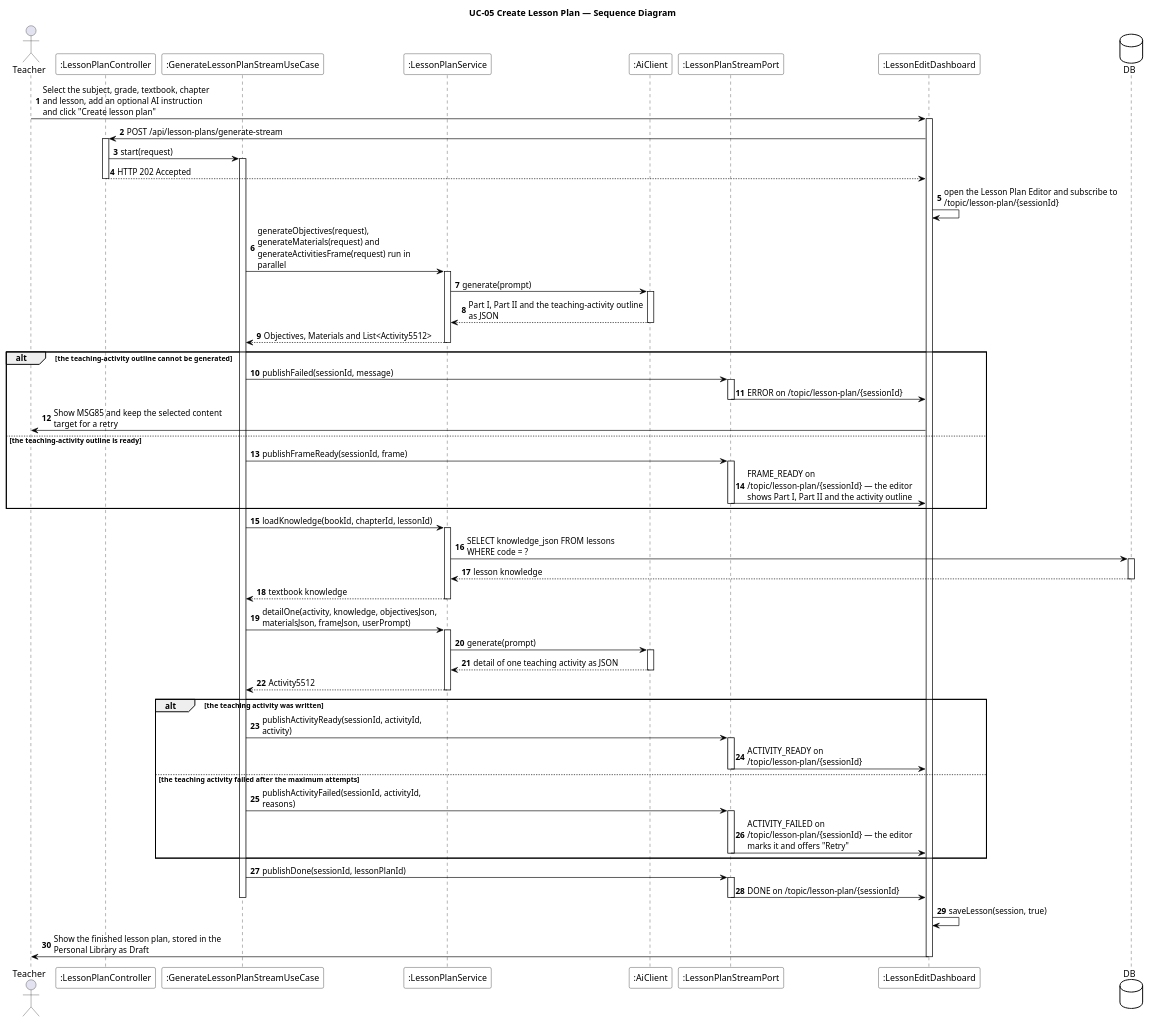
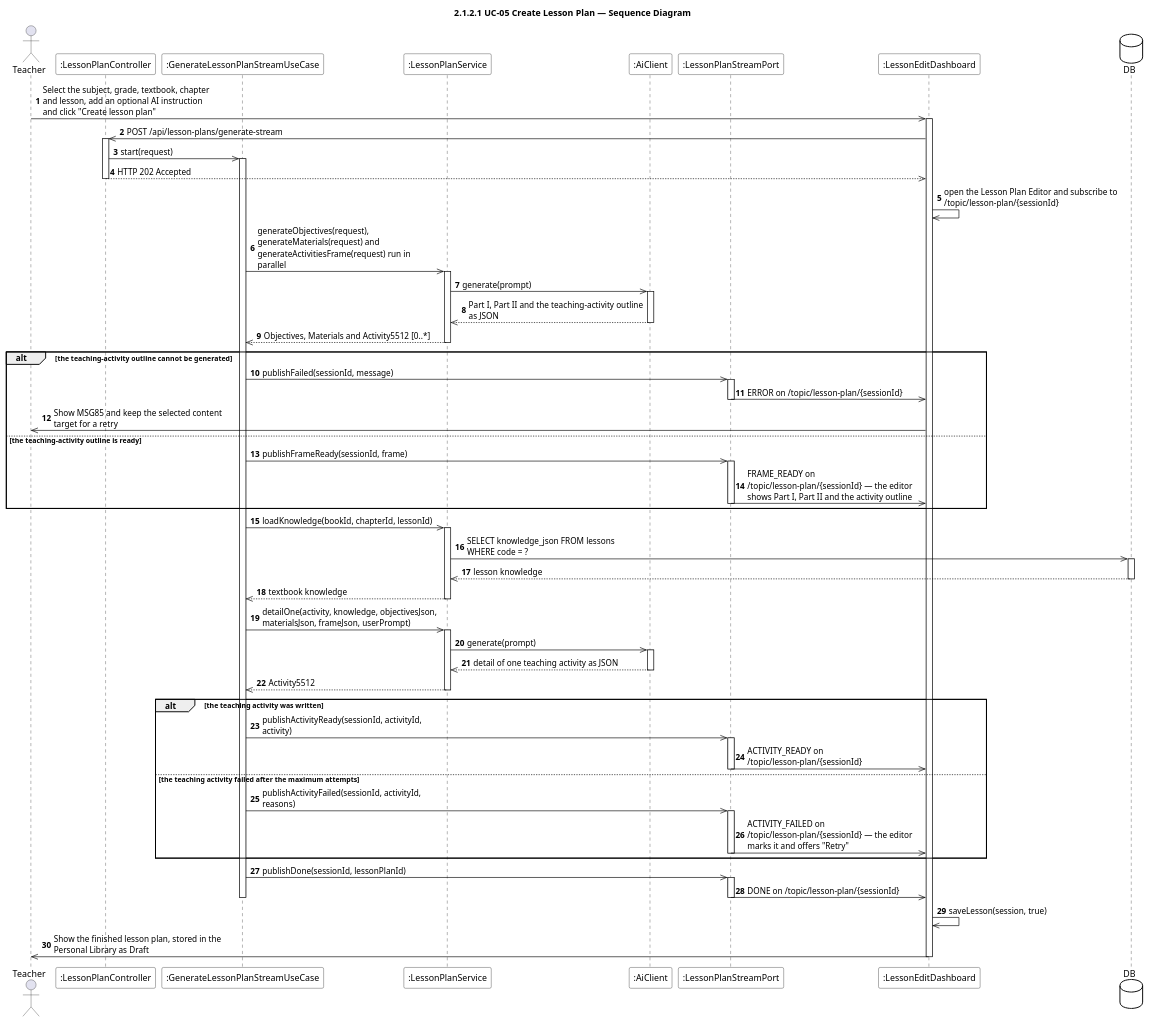
One commit to EduA-system/EduA-system changed the diagram in designs/sds-diagrams/uc05/uc05_sequence.puml. Above: the diagram before and after it, drawn with PlantUML. The commit also changed 585 other files, not shown here.

Commit message:
hình sequence diagram mới

```diff
--- a/designs/sds-diagrams/uc05/uc05_sequence.puml
+++ b/designs/sds-diagrams/uc05/uc05_sequence.puml
@@ -1,92 +1,92 @@
 @startuml UC-05 Create Lesson Plan - Sequence Diagram
 skinparam defaultFontName "Segoe UI"
 skinparam shadowing false
 skinparam ParticipantBackgroundColor #FFFFFF
 skinparam ParticipantBorderColor #000000
 skinparam DatabaseBackgroundColor #FFFFFF
 skinparam DatabaseBorderColor #000000
 skinparam ArrowColor #000000
 skinparam sequenceMessageAlign left
 skinparam maxMessageSize 280
-title UC-05 Create Lesson Plan — Sequence Diagram
+title 2.1.2.1 UC-05 Create Lesson Plan — Sequence Diagram
 
 actor Teacher
 participant ":LessonPlanController" as CTL
 participant ":GenerateLessonPlanStreamUseCase" as UCASE
 participant ":LessonPlanService" as SVC
 participant ":AiClient" as AI
 participant ":LessonPlanStreamPort" as STREAM
 participant ":LessonEditDashboard" as EDIT
 database DB
 
 autonumber
-Teacher -> EDIT : Select the subject, grade, textbook, chapter and lesson, add an optional AI instruction and click "Create lesson plan"
+Teacher ->> EDIT : Select the subject, grade, textbook, chapter and lesson, add an optional AI instruction and click "Create lesson plan"
 activate EDIT
-EDIT -> CTL : POST /api/lesson-plans/generate-stream
+EDIT ->> CTL : POST /api/lesson-plans/generate-stream
 activate CTL
-CTL -> UCASE : start(request)
+CTL ->> UCASE : start(request)
 activate UCASE
-CTL --> EDIT : HTTP 202 Accepted
+CTL -->> EDIT : HTTP 202 Accepted
 deactivate CTL
-EDIT -> EDIT : open the Lesson Plan Editor and subscribe to /topic/lesson-plan/{sessionId}
+EDIT ->> EDIT : open the Lesson Plan Editor and subscribe to /topic/lesson-plan/{sessionId}
 
-UCASE -> SVC : generateObjectives(request), generateMaterials(request) and generateActivitiesFrame(request) run in parallel
+UCASE ->> SVC : generateObjectives(request), generateMaterials(request) and generateActivitiesFrame(request) run in parallel
 activate SVC
-SVC -> AI : generate(prompt)
+SVC ->> AI : generate(prompt)
 activate AI
-AI --> SVC : Part I, Part II and the teaching-activity outline as JSON
+AI -->> SVC : Part I, Part II and the teaching-activity outline as JSON
 deactivate AI
-SVC --> UCASE : Objectives, Materials and List<Activity5512>
+SVC -->> UCASE : Objectives, Materials and Activity5512 [0..*]
 deactivate SVC
 
 alt the teaching-activity outline cannot be generated
-  UCASE -> STREAM : publishFailed(sessionId, message)
+  UCASE ->> STREAM : publishFailed(sessionId, message)
   activate STREAM
-  STREAM -> EDIT : ERROR on /topic/lesson-plan/{sessionId}
+  STREAM ->> EDIT : ERROR on /topic/lesson-plan/{sessionId}
   deactivate STREAM
-  EDIT -> Teacher : Show MSG85 and keep the selected content target for a retry
+  EDIT ->> Teacher : Show MSG85 and keep the selected content target for a retry
 else the teaching-activity outline is ready
-  UCASE -> STREAM : publishFrameReady(sessionId, frame)
+  UCASE ->> STREAM : publishFrameReady(sessionId, frame)
   activate STREAM
-  STREAM -> EDIT : FRAME_READY on /topic/lesson-plan/{sessionId} — the editor shows Part I, Part II and the activity outline
+  STREAM ->> EDIT : FRAME_READY on /topic/lesson-plan/{sessionId} — the editor shows Part I, Part II and the activity outline
   deactivate STREAM
 end
 
-UCASE -> SVC : loadKnowledge(bookId, chapterId, lessonId)
+UCASE ->> SVC : loadKnowledge(bookId, chapterId, lessonId)
 activate SVC
-SVC -> DB : SELECT knowledge_json FROM lessons WHERE code = ?
+SVC ->> DB : SELECT knowledge_json FROM lessons WHERE code = ?
 activate DB
-DB --> SVC : lesson knowledge
+DB -->> SVC : lesson knowledge
 deactivate DB
-SVC --> UCASE : textbook knowledge
+SVC -->> UCASE : textbook knowledge
 deactivate SVC
-UCASE -> SVC : detailOne(activity, knowledge, objectivesJson, materialsJson, frameJson, userPrompt)
+UCASE ->> SVC : detailOne(activity, knowledge, objectivesJson, materialsJson, frameJson, userPrompt)
 activate SVC
-SVC -> AI : generate(prompt)
+SVC ->> AI : generate(prompt)
 activate AI
-AI --> SVC : detail of one teaching activity as JSON
+AI -->> SVC : detail of one teaching activity as JSON
 deactivate AI
-SVC --> UCASE : Activity5512
+SVC -->> UCASE : Activity5512
 deactivate SVC
 
 alt the teaching activity was written
-  UCASE -> STREAM : publishActivityReady(sessionId, activityId, activity)
+  UCASE ->> STREAM : publishActivityReady(sessionId, activityId, activity)
   activate STREAM
-  STREAM -> EDIT : ACTIVITY_READY on /topic/lesson-plan/{sessionId}
+  STREAM ->> EDIT : ACTIVITY_READY on /topic/lesson-plan/{sessionId}
   deactivate STREAM
 else the teaching activity failed after the maximum attempts
-  UCASE -> STREAM : publishActivityFailed(sessionId, activityId, reasons)
+  UCASE ->> STREAM : publishActivityFailed(sessionId, activityId, reasons)
   activate STREAM
-  STREAM -> EDIT : ACTIVITY_FAILED on /topic/lesson-plan/{sessionId} — the editor marks it and offers "Retry"
+  STREAM ->> EDIT : ACTIVITY_FAILED on /topic/lesson-plan/{sessionId} — the editor marks it and offers "Retry"
   deactivate STREAM
 end
 
-UCASE -> STREAM : publishDone(sessionId, lessonPlanId)
+UCASE ->> STREAM : publishDone(sessionId, lessonPlanId)
 activate STREAM
-STREAM -> EDIT : DONE on /topic/lesson-plan/{sessionId}
+STREAM ->> EDIT : DONE on /topic/lesson-plan/{sessionId}
 deactivate STREAM
 deactivate UCASE
-EDIT -> EDIT : saveLesson(session, true)
-EDIT -> Teacher : Show the finished lesson plan, stored in the Personal Library as Draft
+EDIT ->> EDIT : saveLesson(session, true)
+EDIT ->> Teacher : Show the finished lesson plan, stored in the Personal Library as Draft
 deactivate EDIT
 @enduml
```
